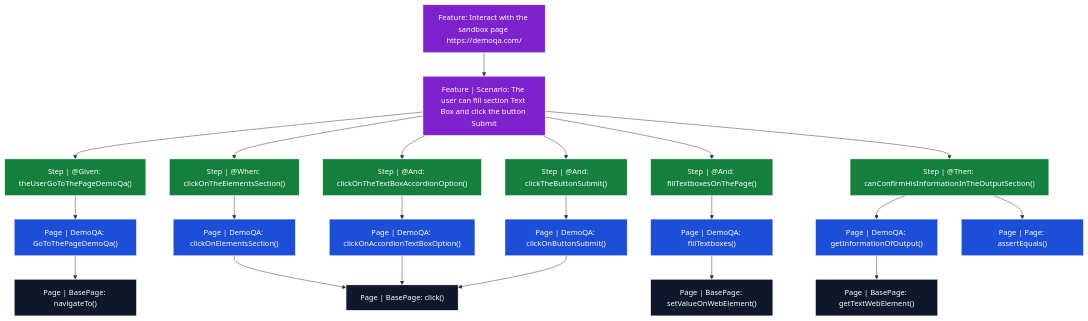
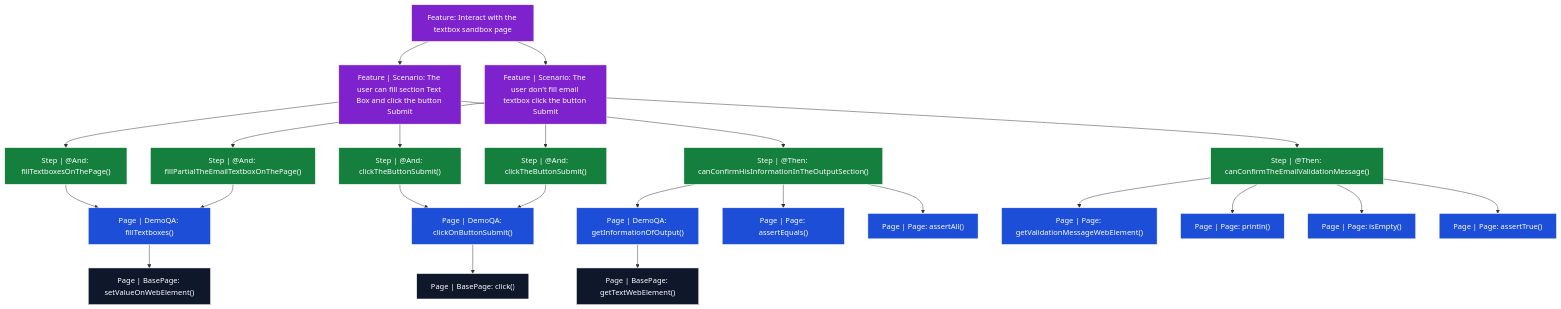
Before and after one commit to CarlosNaveda/base-page-automation: the diagram in README.md, drawn with Mermaid. The commit also changed other lines of this file, not shown here.

Commit message:
docs: auto-update README con métodos de BasePage

````diff
--- a/README.md
+++ b/README.md
@@ -41,61 +41,67 @@
 ```mermaid
 flowchart TD
-    feat_Interact_with_the_sandbox_page_https_demoqa_com_["Feature: Interact with the sandbox page https://demoqa.com/"]
-    sc_Interact_with_the_sandbox_page_https_demoqa_com__The_user_can_fill_section_Te["Feature | Scenario: The user can fill section Text Box and click the button Submit"]
-    feat_Interact_with_the_sandbox_page_https_demoqa_com_ --> sc_Interact_with_the_sandbox_page_https_demoqa_com__The_user_can_fill_section_Te
-    st_The_user_can_fill_section_Text_Box_and_click_the_button_Submit_the_user_go_to["Step | @Given: theUserGoToThePageDemoQa()"]
-    sc_Interact_with_the_sandbox_page_https_demoqa_com__The_user_can_fill_section_Te --> st_The_user_can_fill_section_Text_Box_and_click_the_button_Submit_the_user_go_to
-    pm_GoToThePageDemoQa["Page | DemoQA: GoToThePageDemoQa()"]
-    st_The_user_can_fill_section_Text_Box_and_click_the_button_Submit_the_user_go_to --> pm_GoToThePageDemoQa
-    bp_navigateTo["Page | BasePage: navigateTo()"]
-    pm_GoToThePageDemoQa --> bp_navigateTo
-    st_The_user_can_fill_section_Text_Box_and_click_the_button_Submit_click_on_the_e["Step | @When: clickOnTheElementsSection()"]
-    sc_Interact_with_the_sandbox_page_https_demoqa_com__The_user_can_fill_section_Te --> st_The_user_can_fill_section_Text_Box_and_click_the_button_Submit_click_on_the_e
-    pm_clickOnElementsSection["Page | DemoQA: clickOnElementsSection()"]
-    st_The_user_can_fill_section_Text_Box_and_click_the_button_Submit_click_on_the_e --> pm_clickOnElementsSection
-    bp_click["Page | BasePage: click()"]
-    pm_clickOnElementsSection --> bp_click
-    st_The_user_can_fill_section_Text_Box_and_click_the_button_Submit_click_on_the_t["Step | @And: clickOnTheTextBoxAccordionOption()"]
-    sc_Interact_with_the_sandbox_page_https_demoqa_com__The_user_can_fill_section_Te --> st_The_user_can_fill_section_Text_Box_and_click_the_button_Submit_click_on_the_t
-    pm_clickOnAccordionTextBoxOption["Page | DemoQA: clickOnAccordionTextBoxOption()"]
-    st_The_user_can_fill_section_Text_Box_and_click_the_button_Submit_click_on_the_t --> pm_clickOnAccordionTextBoxOption
-    pm_clickOnAccordionTextBoxOption --> bp_click
+    feat_Interact_with_the_textbox_sandbox_page["Feature: Interact with the textbox sandbox page"]
+    sc_Interact_with_the_textbox_sandbox_page_The_user_can_fill_section_Text_Box_and["Feature | Scenario: The user can fill section Text Box and click the button Submit"]
+    feat_Interact_with_the_textbox_sandbox_page --> sc_Interact_with_the_textbox_sandbox_page_The_user_can_fill_section_Text_Box_and
     st_The_user_can_fill_section_Text_Box_and_click_the_button_Submit_fill_textboxes["Step | @And: fillTextboxesOnThePage()"]
-    sc_Interact_with_the_sandbox_page_https_demoqa_com__The_user_can_fill_section_Te --> st_The_user_can_fill_section_Text_Box_and_click_the_button_Submit_fill_textboxes
+    sc_Interact_with_the_textbox_sandbox_page_The_user_can_fill_section_Text_Box_and --> st_The_user_can_fill_section_Text_Box_and_click_the_button_Submit_fill_textboxes
     pm_fillTextboxes["Page | DemoQA: fillTextboxes()"]
     st_The_user_can_fill_section_Text_Box_and_click_the_button_Submit_fill_textboxes --> pm_fillTextboxes
     bp_setValueOnWebElement["Page | BasePage: setValueOnWebElement()"]
     pm_fillTextboxes --> bp_setValueOnWebElement
     st_The_user_can_fill_section_Text_Box_and_click_the_button_Submit_click_the_butt["Step | @And: clickTheButtonSubmit()"]
-    sc_Interact_with_the_sandbox_page_https_demoqa_com__The_user_can_fill_section_Te --> st_The_user_can_fill_section_Text_Box_and_click_the_button_Submit_click_the_butt
+    sc_Interact_with_the_textbox_sandbox_page_The_user_can_fill_section_Text_Box_and --> st_The_user_can_fill_section_Text_Box_and_click_the_button_Submit_click_the_butt
     pm_clickOnButtonSubmit["Page | DemoQA: clickOnButtonSubmit()"]
     st_The_user_can_fill_section_Text_Box_and_click_the_button_Submit_click_the_butt --> pm_clickOnButtonSubmit
+    bp_click["Page | BasePage: click()"]
     pm_clickOnButtonSubmit --> bp_click
     st_The_user_can_fill_section_Text_Box_and_click_the_button_Submit_can_confirm_hi["Step | @Then: canConfirmHisInformationInTheOutputSection()"]
-    sc_Interact_with_the_sandbox_page_https_demoqa_com__The_user_can_fill_section_Te --> st_The_user_can_fill_section_Text_Box_and_click_the_button_Submit_can_confirm_hi
+    sc_Interact_with_the_textbox_sandbox_page_The_user_can_fill_section_Text_Box_and --> st_The_user_can_fill_section_Text_Box_and_click_the_button_Submit_can_confirm_hi
     pm_getInformationOfOutput["Page | DemoQA: getInformationOfOutput()"]
     st_The_user_can_fill_section_Text_Box_and_click_the_button_Submit_can_confirm_hi --> pm_getInformationOfOutput
     bp_getTextWebElement["Page | BasePage: getTextWebElement()"]
     pm_getInformationOfOutput --> bp_getTextWebElement
     pm_assertEquals["Page | Page: assertEquals()"]
     st_The_user_can_fill_section_Text_Box_and_click_the_button_Submit_can_confirm_hi --> pm_assertEquals
-style feat_Interact_with_the_sandbox_page_https_demoqa_com_ fill:#7E22CE,color:#fff,stroke:#fff
-style sc_Interact_with_the_sandbox_page_https_demoqa_com__The_user_can_fill_section_Te fill:#7E22CE,color:#fff,stroke:#fff
-style st_The_user_can_fill_section_Text_Box_and_click_the_button_Submit_the_user_go_to fill:#15803D,color:#fff,stroke:#fff
-style pm_GoToThePageDemoQa fill:#1D4ED8,color:#fff,stroke:#fff
-style bp_navigateTo fill:#0F172A,color:#fff,stroke:#fff
-style st_The_user_can_fill_section_Text_Box_and_click_the_button_Submit_click_on_the_e fill:#15803D,color:#fff,stroke:#fff
-style pm_clickOnElementsSection fill:#1D4ED8,color:#fff,stroke:#fff
-style bp_click fill:#0F172A,color:#fff,stroke:#fff
-style st_The_user_can_fill_section_Text_Box_and_click_the_button_Submit_click_on_the_t fill:#15803D,color:#fff,stroke:#fff
-style pm_clickOnAccordionTextBoxOption fill:#1D4ED8,color:#fff,stroke:#fff
+    pm_assertAll["Page | Page: assertAll()"]
+    st_The_user_can_fill_section_Text_Box_and_click_the_button_Submit_can_confirm_hi --> pm_assertAll
+    sc_Interact_with_the_textbox_sandbox_page_The_user_don_t_fill_email_textbox_clic["Feature | Scenario: The user don't fill email textbox click the button Submit"]
+    feat_Interact_with_the_textbox_sandbox_page --> sc_Interact_with_the_textbox_sandbox_page_The_user_don_t_fill_email_textbox_clic
+    st_The_user_don_t_fill_email_textbox_click_the_button_Submit_fill_partial_the_em["Step | @And: fillPartialTheEmailTextboxOnThePage()"]
+    sc_Interact_with_the_textbox_sandbox_page_The_user_don_t_fill_email_textbox_clic --> st_The_user_don_t_fill_email_textbox_click_the_button_Submit_fill_partial_the_em
+    st_The_user_don_t_fill_email_textbox_click_the_button_Submit_fill_partial_the_em --> pm_fillTextboxes
+    st_The_user_don_t_fill_email_textbox_click_the_button_Submit_click_the_button_Su["Step | @And: clickTheButtonSubmit()"]
+    sc_Interact_with_the_textbox_sandbox_page_The_user_don_t_fill_email_textbox_clic --> st_The_user_don_t_fill_email_textbox_click_the_button_Submit_click_the_button_Su
+    st_The_user_don_t_fill_email_textbox_click_the_button_Submit_click_the_button_Su --> pm_clickOnButtonSubmit
+    st_The_user_don_t_fill_email_textbox_click_the_button_Submit_can_confirm_the_ema["Step | @Then: canConfirmTheEmailValidationMessage()"]
+    sc_Interact_with_the_textbox_sandbox_page_The_user_don_t_fill_email_textbox_clic --> st_The_user_don_t_fill_email_textbox_click_the_button_Submit_can_confirm_the_ema
+    pm_getValidationMessageWebElement["Page | Page: getValidationMessageWebElement()"]
+    st_The_user_don_t_fill_email_textbox_click_the_button_Submit_can_confirm_the_ema --> pm_getValidationMessageWebElement
+    pm_println["Page | Page: println()"]
+    st_The_user_don_t_fill_email_textbox_click_the_button_Submit_can_confirm_the_ema --> pm_println
+    pm_isEmpty["Page | Page: isEmpty()"]
+    st_The_user_don_t_fill_email_textbox_click_the_button_Submit_can_confirm_the_ema --> pm_isEmpty
+    pm_assertTrue["Page | Page: assertTrue()"]
+    st_The_user_don_t_fill_email_textbox_click_the_button_Submit_can_confirm_the_ema --> pm_assertTrue
+style feat_Interact_with_the_textbox_sandbox_page fill:#7E22CE,color:#fff,stroke:#fff
+style sc_Interact_with_the_textbox_sandbox_page_The_user_can_fill_section_Text_Box_and fill:#7E22CE,color:#fff,stroke:#fff
 style st_The_user_can_fill_section_Text_Box_and_click_the_button_Submit_fill_textboxes fill:#15803D,color:#fff,stroke:#fff
 style pm_fillTextboxes fill:#1D4ED8,color:#fff,stroke:#fff
 style bp_setValueOnWebElement fill:#0F172A,color:#fff,stroke:#fff
 style st_The_user_can_fill_section_Text_Box_and_click_the_button_Submit_click_the_butt fill:#15803D,color:#fff,stroke:#fff
 style pm_clickOnButtonSubmit fill:#1D4ED8,color:#fff,stroke:#fff
+style bp_click fill:#0F172A,color:#fff,stroke:#fff
 style st_The_user_can_fill_section_Text_Box_and_click_the_button_Submit_can_confirm_hi fill:#15803D,color:#fff,stroke:#fff
 style pm_getInformationOfOutput fill:#1D4ED8,color:#fff,stroke:#fff
 style bp_getTextWebElement fill:#0F172A,color:#fff,stroke:#fff
 style pm_assertEquals fill:#1D4ED8,color:#fff,stroke:#fff
+style pm_assertAll fill:#1D4ED8,color:#fff,stroke:#fff
+style sc_Interact_with_the_textbox_sandbox_page_The_user_don_t_fill_email_textbox_clic fill:#7E22CE,color:#fff,stroke:#fff
+style st_The_user_don_t_fill_email_textbox_click_the_button_Submit_fill_partial_the_em fill:#15803D,color:#fff,stroke:#fff
+style st_The_user_don_t_fill_email_textbox_click_the_button_Submit_click_the_button_Su fill:#15803D,color:#fff,stroke:#fff
+style st_The_user_don_t_fill_email_textbox_click_the_button_Submit_can_confirm_the_ema fill:#15803D,color:#fff,stroke:#fff
+style pm_getValidationMessageWebElement fill:#1D4ED8,color:#fff,stroke:#fff
+style pm_println fill:#1D4ED8,color:#fff,stroke:#fff
+style pm_isEmpty fill:#1D4ED8,color:#fff,stroke:#fff
+style pm_assertTrue fill:#1D4ED8,color:#fff,stroke:#fff
 ```
````
